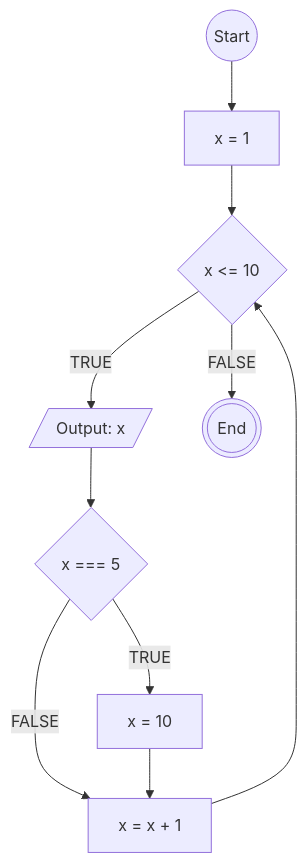
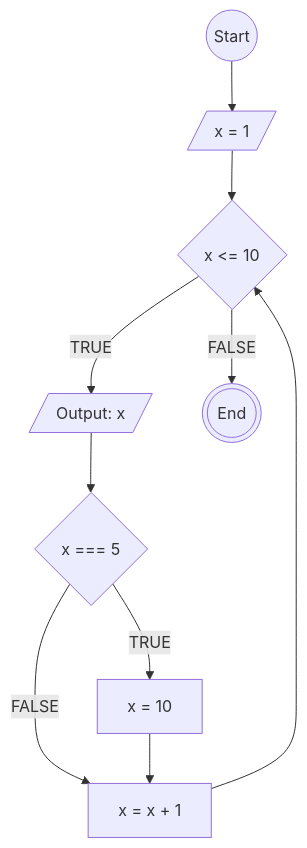
Before and after one commit to makarim22/koda-b6-javascript1: the diagram in flowchart-loop.md, drawn with Mermaid. The commit also changed other lines of this file, not shown here.

````diff
--- a/flowchart-loop.md
+++ b/flowchart-loop.md
@@ -2,30 +2,30 @@
 ```mermaid
 flowchart TD
 
 A@{ shape: circle, label: "Start" } --> B
 
-B@{ shape: rect, label: "x = 1" } --> C
+B@{ shape: lean-r, label: "x = 1" } --> C
 
 C@{ shape: diamond, label: "x <= 10" }
 
 D@{ shape: lean-r, label: "Output: x" }
 
 E@{ shape: diamond, label: "x === 5" }
 
 F@{ shape: rect, label: "x = 10" }
 
 G@{ shape: rect, label: "x = x + 1" }
 
 H@{ shape: dbl-circ, label: "End" }
 
 C -->|TRUE| D
 C -->|FALSE| H
 
 D --> E
 
 E -- "TRUE" --> F
 E -- "FALSE" --> G
 
 F --> G
 G --> C
 ```
````
